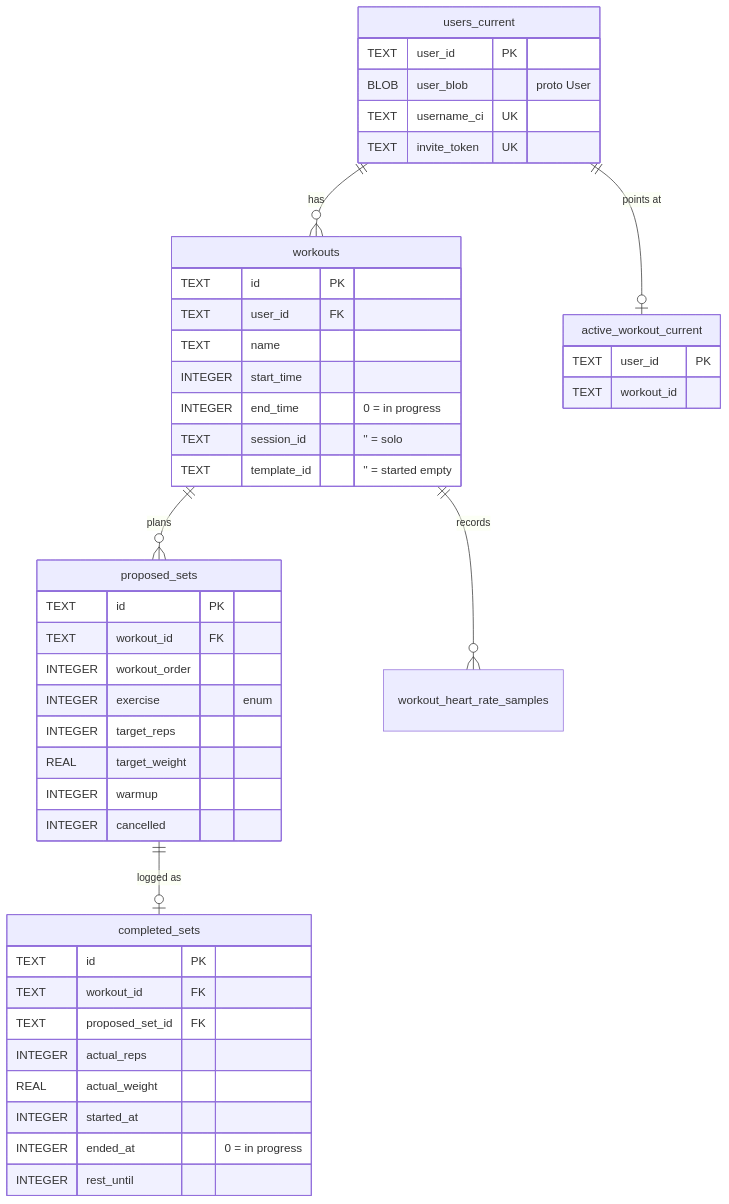
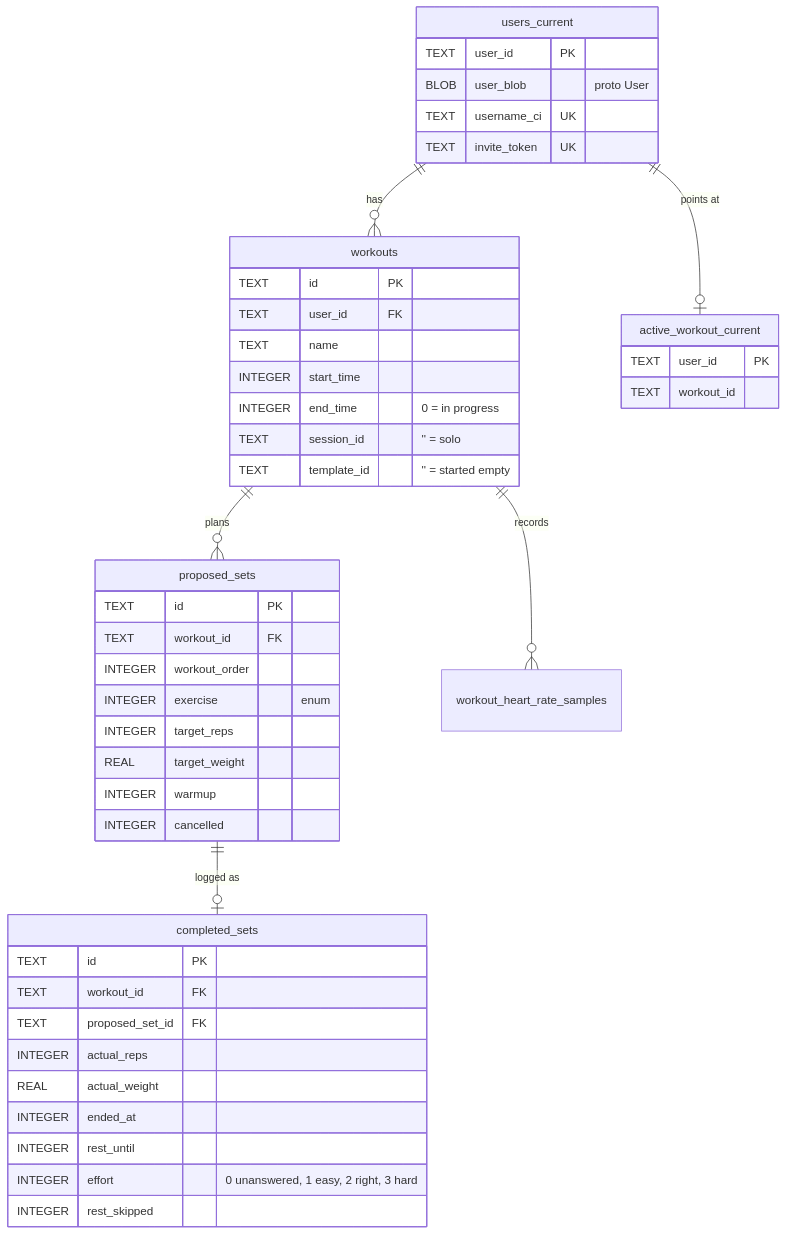
The first of 4 diagrams in docs/architecture/data-model.md (brensch/lift), drawn with Mermaid before and after one commit. The commit also changed other lines of this file and 228 other files, not shown here.

````diff
--- a/docs/architecture/data-model.md
+++ b/docs/architecture/data-model.md
@@ -20,48 +20,49 @@
 ```mermaid
 erDiagram
     users_current ||--o{ workouts : "has"
     workouts ||--o{ proposed_sets : "plans"
     proposed_sets ||--o| completed_sets : "logged as"
     workouts ||--o{ workout_heart_rate_samples : "records"
     users_current ||--o| active_workout_current : "points at"
 
     users_current {
         TEXT user_id PK
         BLOB user_blob "proto User"
         TEXT username_ci UK
         TEXT invite_token UK
     }
     workouts {
         TEXT id PK
         TEXT user_id FK
         TEXT name
         INTEGER start_time
         INTEGER end_time "0 = in progress"
         TEXT session_id "'' = solo"
         TEXT template_id "'' = started empty"
     }
     proposed_sets {
         TEXT id PK
         TEXT workout_id FK
         INTEGER workout_order
         INTEGER exercise "enum"
         INTEGER target_reps
         REAL target_weight
         INTEGER warmup
         INTEGER cancelled
     }
     completed_sets {
         TEXT id PK
         TEXT workout_id FK
         TEXT proposed_set_id FK
         INTEGER actual_reps
         REAL actual_weight
-        INTEGER started_at
-        INTEGER ended_at "0 = in progress"
+        INTEGER ended_at
         INTEGER rest_until
+        INTEGER effort "0 unanswered, 1 easy, 2 right, 3 hard"
+        INTEGER rest_skipped
     }
     active_workout_current {
         TEXT user_id PK
         TEXT workout_id
     }
 ```
````
